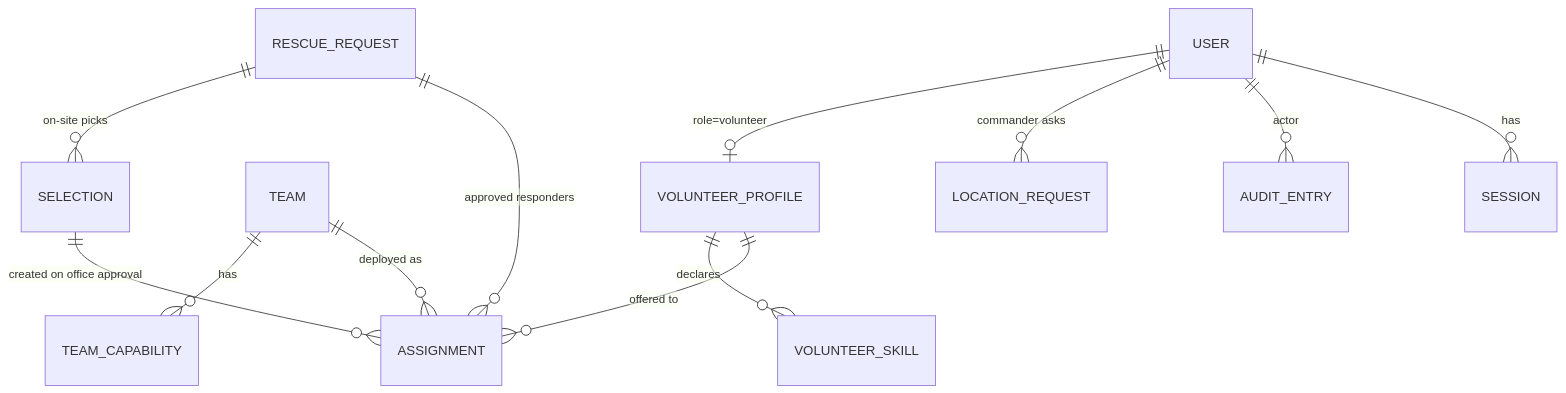
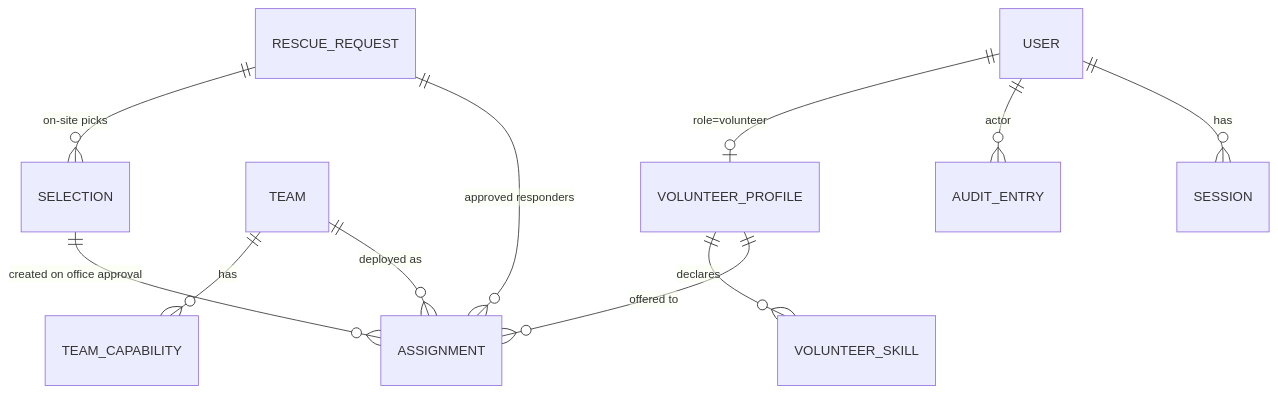
Before and after one commit to Divyansh3105/RescueAI: the third of 5 diagrams in ARCHITECTURE.md, drawn with Mermaid. The commit also changed other lines of this file and 50 other files, not shown here.

````diff
--- a/ARCHITECTURE.md
+++ b/ARCHITECTURE.md
@@ -124,14 +128,13 @@
 ```mermaid
 erDiagram
   USER ||--o| VOLUNTEER_PROFILE : "role=volunteer"
   VOLUNTEER_PROFILE ||--o{ VOLUNTEER_SKILL : declares
   TEAM ||--o{ TEAM_CAPABILITY : has
   RESCUE_REQUEST ||--o{ SELECTION : "on-site picks"
   SELECTION ||--o{ ASSIGNMENT : "created on office approval"
   RESCUE_REQUEST ||--o{ ASSIGNMENT : "approved responders"
-  USER ||--o{ LOCATION_REQUEST : "commander asks"
   VOLUNTEER_PROFILE ||--o{ ASSIGNMENT : "offered to"
   TEAM ||--o{ ASSIGNMENT : "deployed as"
   USER ||--o{ AUDIT_ENTRY : "actor"
   USER ||--o{ SESSION : has
 ```
````
